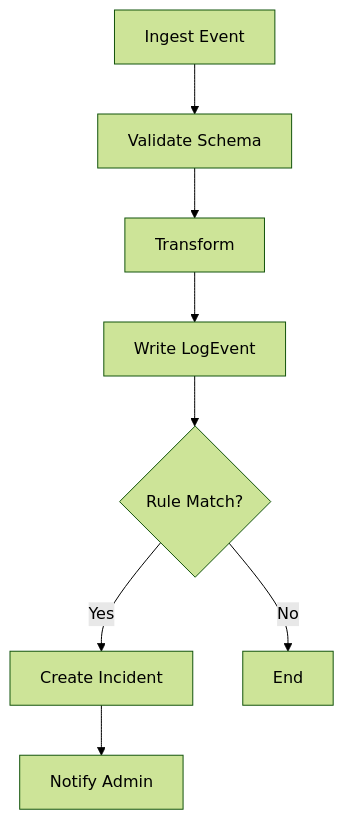
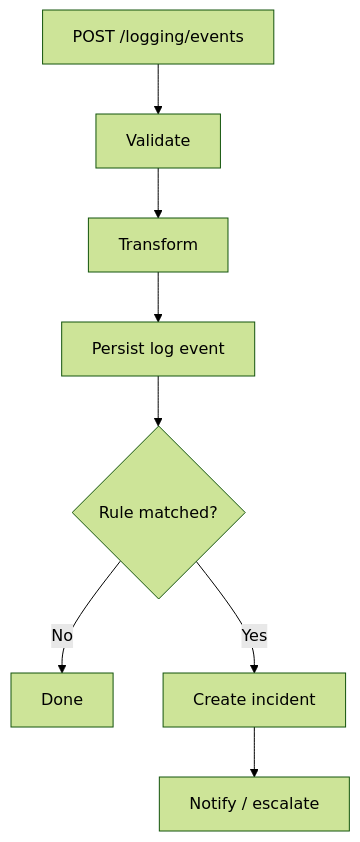
The ninth of 15 diagrams in docs/modules/Usage-and-Workflows-fa.md (FarhadAhmadi/CleanArchitecture-Base), drawn with Mermaid (forest theme) before and after one commit. The commit also changed other lines of this file and 12 other files, not shown here.

````diff
--- a/docs/modules/Usage-and-Workflows-fa.md
+++ b/docs/modules/Usage-and-Workflows-fa.md
@@ -162,10 +321,10 @@
 ```mermaid
 flowchart TD
-    I[Ingest Event] --> V[Validate Schema]
-    V --> T[Transform]
-    T --> W[Write LogEvent]
-    W --> R{Rule Match?}
-    R -->|Yes| N[Create Incident]
-    R -->|No| E[End]
-    N --> A[Notify Admin]
+    A[POST /logging/events] --> B[Validate]
+    B --> C[Transform]
+    C --> D[Persist log event]
+    D --> E{Rule matched?}
+    E -->|No| F[Done]
+    E -->|Yes| G[Create incident]
+    G --> H[Notify / escalate]
 ```
````
